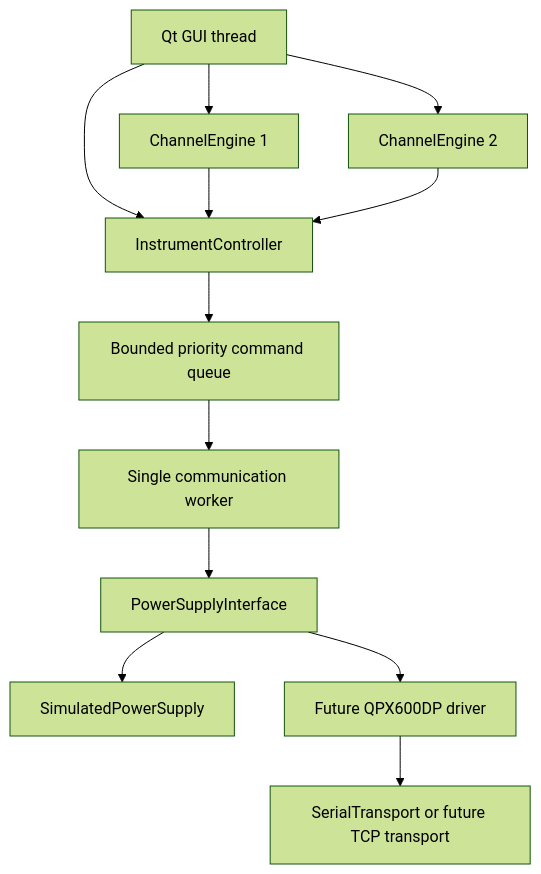
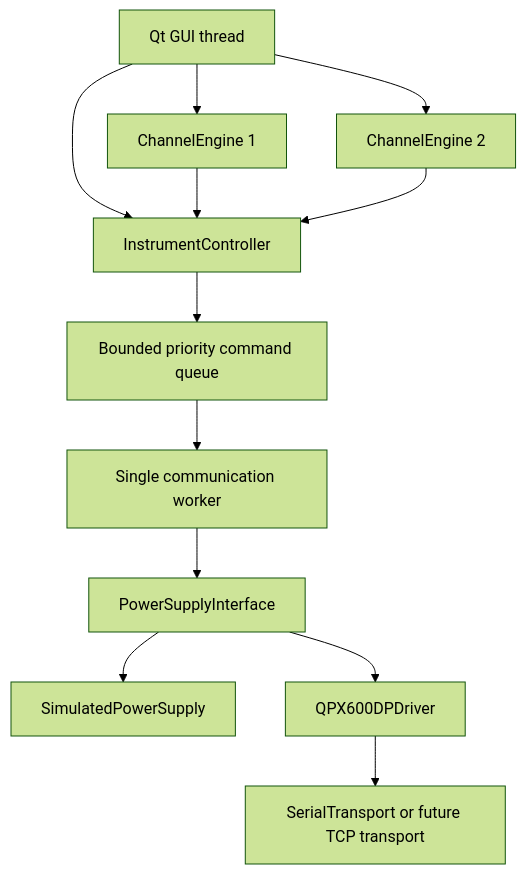
Before and after one commit to luna1234-crypto/qpx600dp-electrolyser-control: the diagram in docs/architecture.md, drawn with Mermaid (forest theme). The commit also changed other lines of this file and 21 other files, not shown here.

Commit message:
milestone 5: add offline QPX600DP serial driver

````diff
--- a/docs/architecture.md
+++ b/docs/architecture.md
@@ -12,14 +14,14 @@
 ```mermaid
 flowchart TD
     GUI["Qt GUI thread"] --> E1["ChannelEngine 1"]
     GUI --> E2["ChannelEngine 2"]
     GUI --> IC["InstrumentController"]
     E1 --> IC
     E2 --> IC
     IC --> Q["Bounded priority command queue"]
     Q --> W["Single communication worker"]
     W --> API["PowerSupplyInterface"]
     API --> SIM["SimulatedPowerSupply"]
-    API --> QPX["Future QPX600DP driver"]
+    API --> QPX["QPX600DPDriver"]
     QPX --> T["SerialTransport or future TCP transport"]
 ```
````
